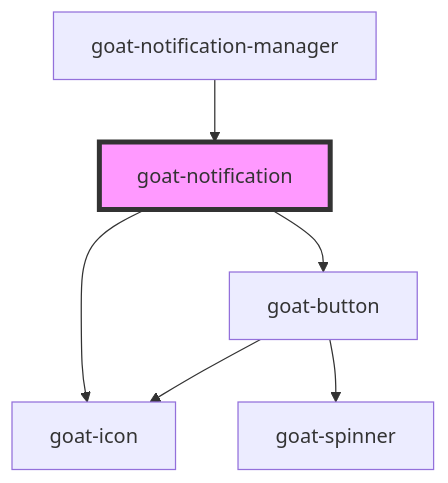
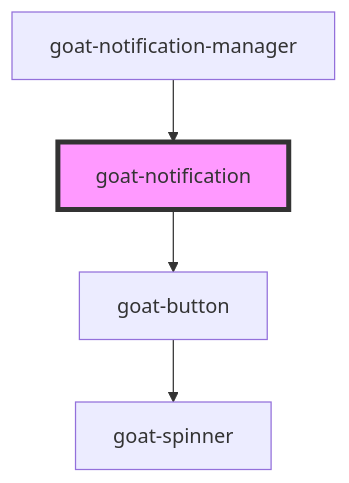
The diagram in src/components/notification/readme.md (redvars/peacock), drawn with Mermaid before and after one commit. The commit also changed other lines of this file and 121 other files, not shown here.

````diff
--- a/src/components/notification/readme.md
+++ b/src/components/notification/readme.md
@@ -40,9 +39,7 @@
 ```mermaid
 graph TD;
-  goat-notification --> goat-icon
   goat-notification --> goat-button
   goat-button --> goat-spinner
-  goat-button --> goat-icon
   goat-notification-manager --> goat-notification
   style goat-notification fill:#f9f,stroke:#333,stroke-width:4px
 ```
````
